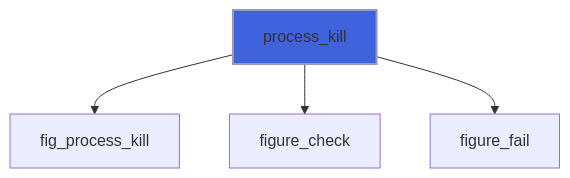
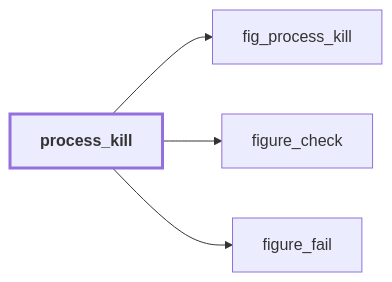
Before and after one commit to szaghi/figure: the fourth of 16 diagrams in docs/api/src/lib/figure_process.md, drawn with Mermaid. The commit also changed other lines of this file and 54 other files, not shown here.

````diff
--- a/docs/api/src/lib/figure_process.md
+++ b/docs/api/src/lib/figure_process.md
@@ -228,7 +248,11 @@
 ```mermaid
-flowchart TD
+flowchart LR
   process_kill["process_kill"] --> fig_process_kill["fig_process_kill"]
   process_kill["process_kill"] --> figure_check["figure_check"]
   process_kill["process_kill"] --> figure_fail["figure_fail"]
-  style process_kill fill:#3e63dd,stroke:#99b,stroke-width:2px
+  classDef focus stroke-width:3px,font-weight:bold
+  class process_kill focus
+  click figure_fail href "figure_base.html#figure-fail" "figure_fail"
+  click figure_check href "figure_base.html#figure-check" "figure_check"
+  click fig_process_kill href "figure_c_native.html#fig-process-kill" "fig_process_kill"
 ```
````
